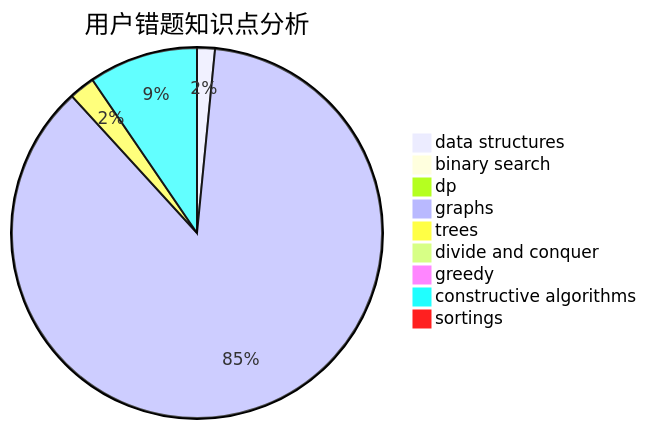
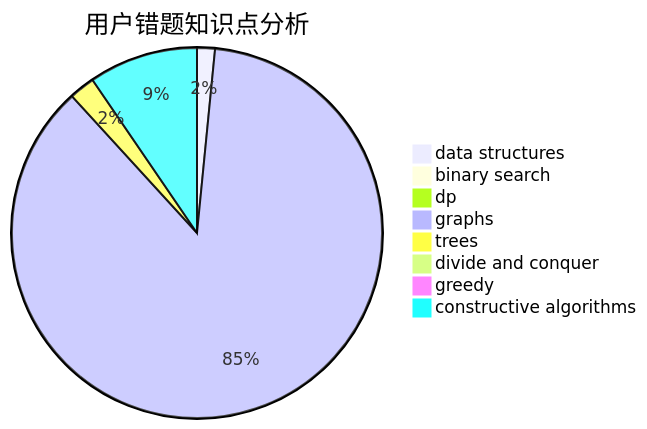
Before and after one commit to sherpahu/cfrs.github.io: the third of 3 diagrams in docs/user/u559.md, drawn with Mermaid. The commit also changed other lines of this file and 2769 other files, not shown here.

````diff
--- a/docs/user/u559.md
+++ b/docs/user/u559.md
@@ -32,12 +31,11 @@
 ```mermaid
 pie title 用户错题知识点分析
     "data structures" :  9
     "binary search" :  0
     "dp" :  4
     "graphs" :  500
     "trees" :  13
     "divide and conquer" :  1
     "greedy" :  4
     "constructive algorithms" :  55
-    "sortings" :  0
 ```
````
